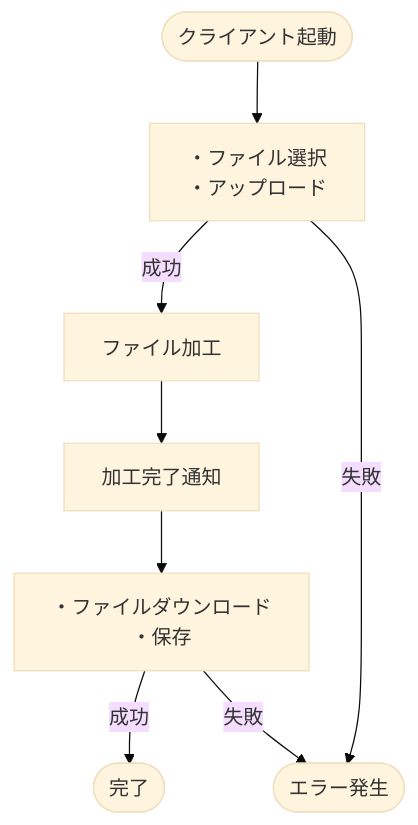
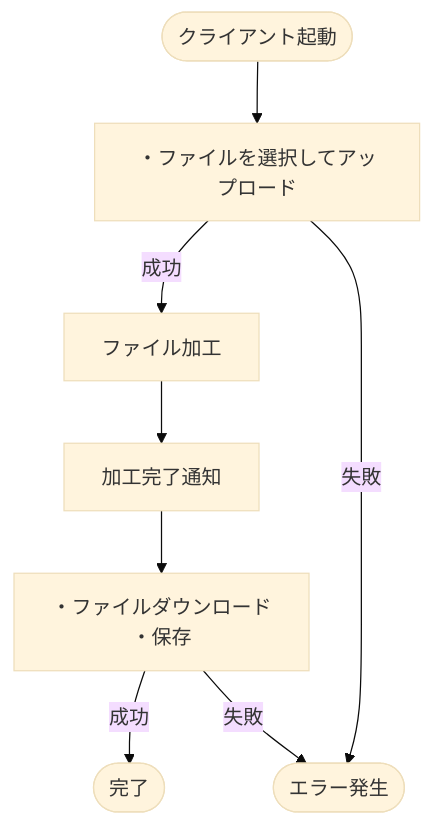
The first of 4 diagrams in README.md (BackendExplorer/Video-Processor), drawn with Mermaid (base theme) before and after one commit.

````diff
--- a/README.md
+++ b/README.md
@@ -168,17 +168,17 @@
 ```mermaid
 flowchart TD
     Start(["クライアント起動"])
-    アップロード["・ファイル選択<br>・アップロード"]
+    アップロード["・ファイルを選択してアップロード"]
     加工["ファイル加工"]
     通知["加工完了通知"]
     ダウンロード["・ファイルダウンロード<br>・保存"]
     完了(["完了"])
     エラー(["エラー発生"])
 
     Start --> アップロード
     アップロード -- 成功 --> 加工
     アップロード -- 失敗 --> エラー
     加工 --> 通知 --> ダウンロード
     ダウンロード -- 成功 --> 完了
     ダウンロード -- 失敗 --> エラー
 ```
````
